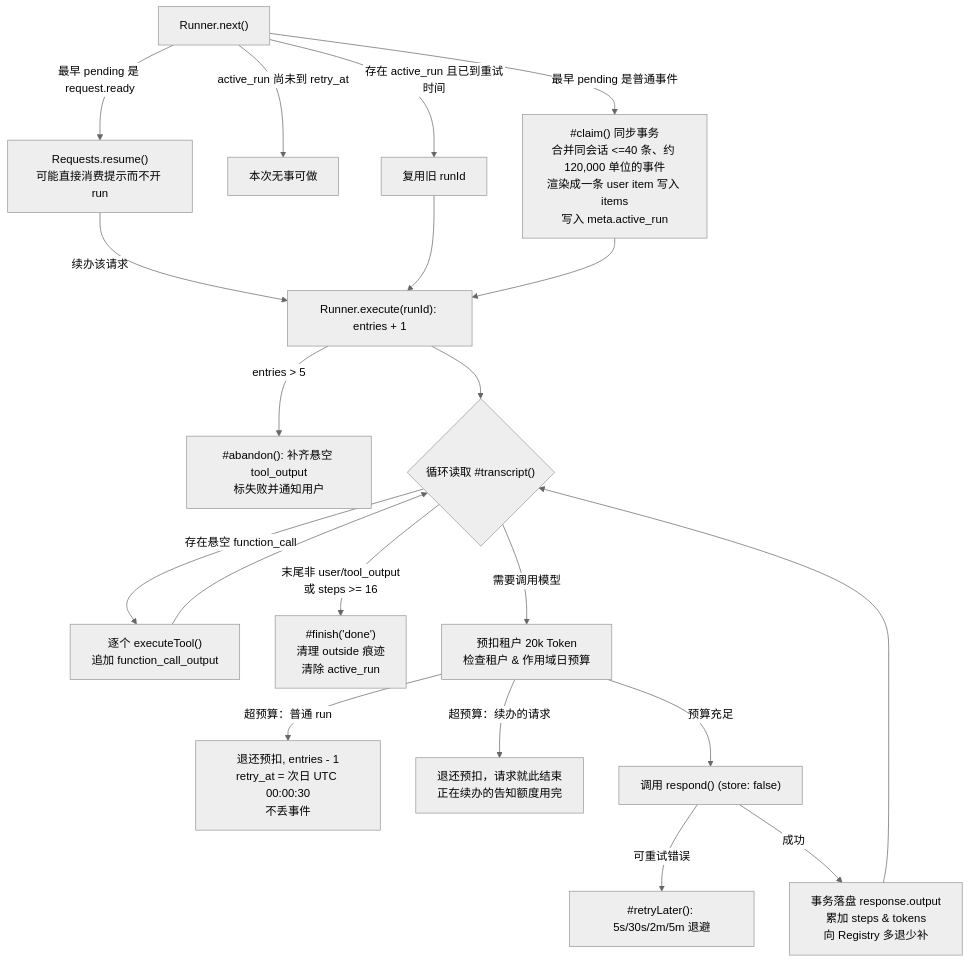
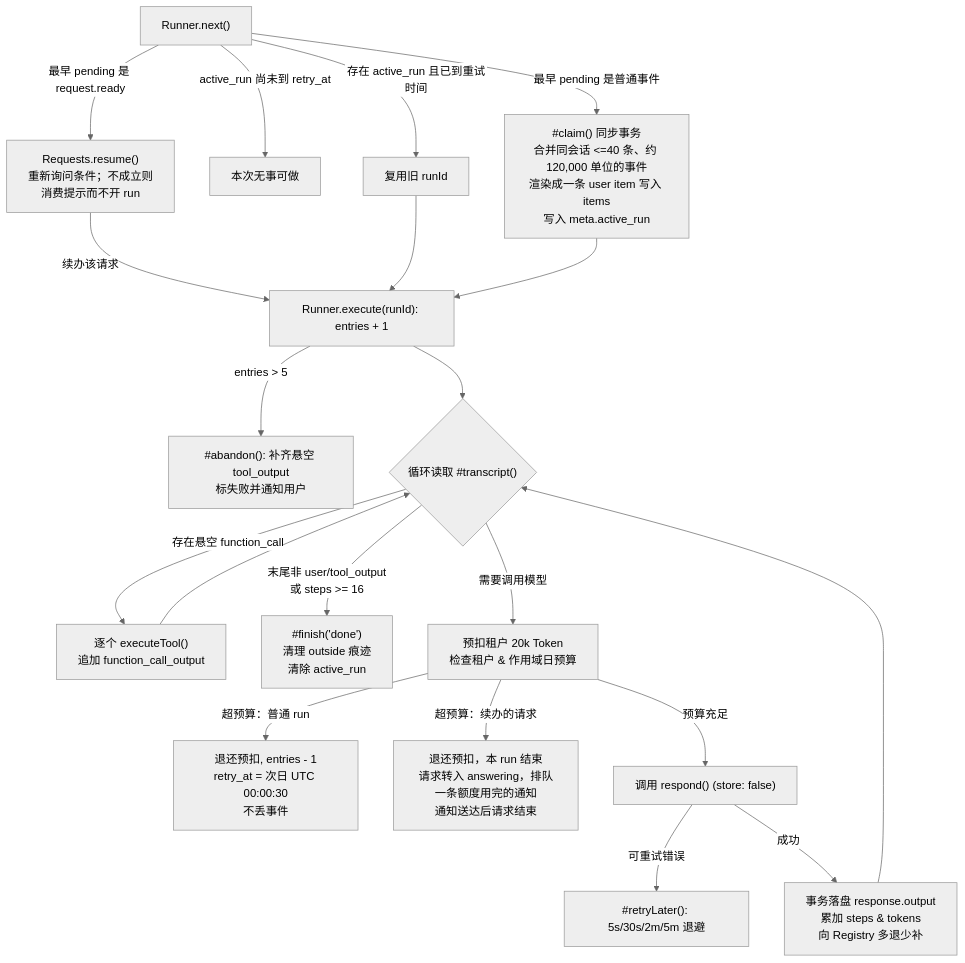
Before and after one commit to gxcsoccer/always-on-agents: the diagram in docs/brain-walkthrough.zh-CN.md, drawn with Mermaid (neutral theme). The commit also changed other lines of this file and 1 other file, not shown here.

Commit message:
Docs: what is kept and when, and what request.ready means, as the code has it

````diff
--- a/docs/brain-walkthrough.zh-CN.md
+++ b/docs/brain-walkthrough.zh-CN.md
@@ -102,22 +102,22 @@
 ```mermaid
 flowchart TD
   N["Runner.next()"] -->|"存在 active_run 且已到重试时间"| B["复用旧 runId"]
   N -->|"active_run 尚未到 retry_at"| Z["本次无事可做"]
-  N -->|"最早 pending 是 request.ready"| Q["Requests.resume()<br/>可能直接消费提示而不开 run"]
+  N -->|"最早 pending 是 request.ready"| Q["Requests.resume()<br/>重新询问条件；不成立则<br/>消费提示而不开 run"]
   N -->|"最早 pending 是普通事件"| C["#claim() 同步事务<br/>合并同会话 <=40 条、约 120,000 单位的事件<br/>渲染成一条 user item 写入 items<br/>写入 meta.active_run"]
   Q -->|"续办该请求"| D
   B --> D["Runner.execute(runId): entries + 1"]
   C --> D
   D -->|"entries > 5"| AB["#abandon(): 补齐悬空 tool_output<br/>标失败并通知用户"]
   D --> L{"循环读取 #transcript()"}
   L -->|"存在悬空 function_call"| T["逐个 executeTool()<br/>追加 function_call_output"]
   T --> L
   L -->|"末尾非 user/tool_output<br/>或 steps >= 16"| F["#finish('done')<br/>清理 outside 痕迹<br/>清除 active_run"]
   L -->|"需要调用模型"| R["预扣租户 20k Token<br/>检查租户 & 作用域日预算"]
   R -->|"超预算：普通 run"| P["退还预扣, entries - 1<br/>retry_at = 次日 UTC 00:00:30<br/>不丢事件"]
-  R -->|"超预算：续办的请求"| PC["退还预扣，请求就此结束<br/>正在续办的告知额度用完"]
+  R -->|"超预算：续办的请求"| PC["退还预扣，本 run 结束<br/>请求转入 answering，排队一条额度用完的通知<br/>通知送达后请求结束"]
   R -->|"预算充足"| M["调用 respond() (store: false)"]
   M -->|"可重试错误"| RT["#retryLater(): 5s/30s/2m/5m 退避"]
   M -->|"成功"| S["事务落盘 response.output<br/>累加 steps & tokens<br/>向 Registry 多退少补"]
   S --> L
 ```
````
